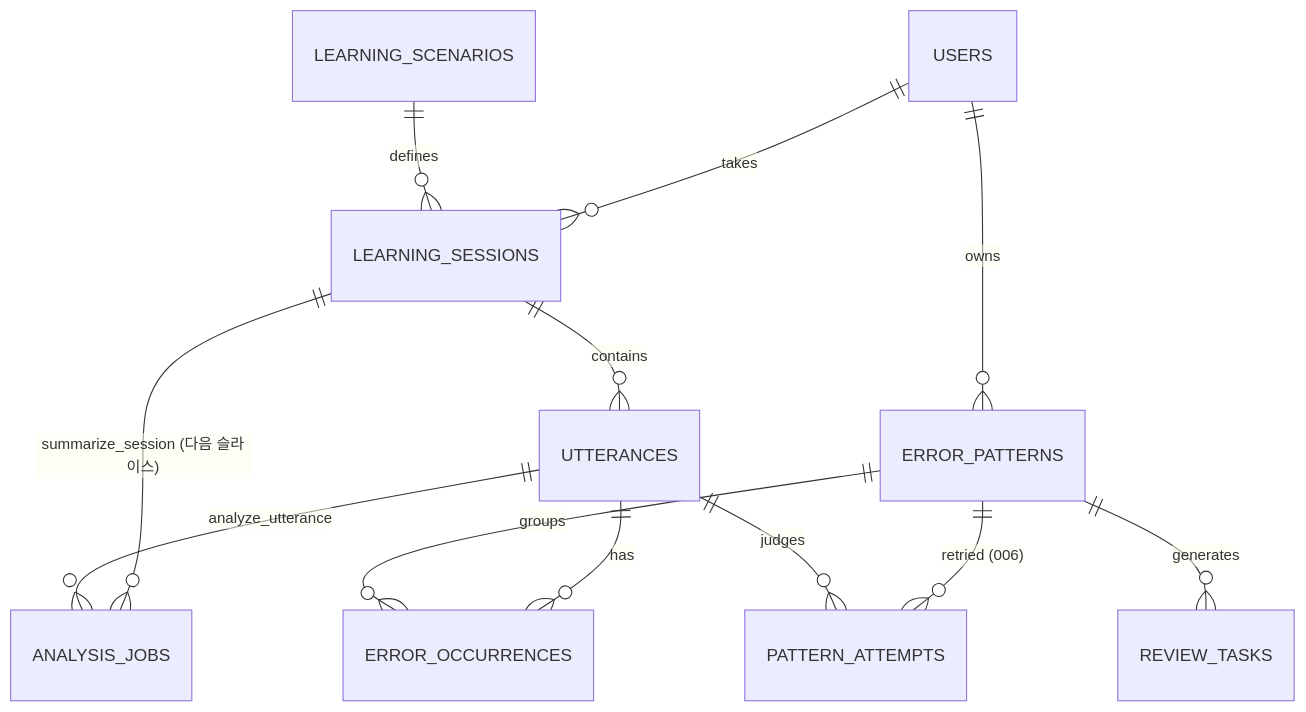
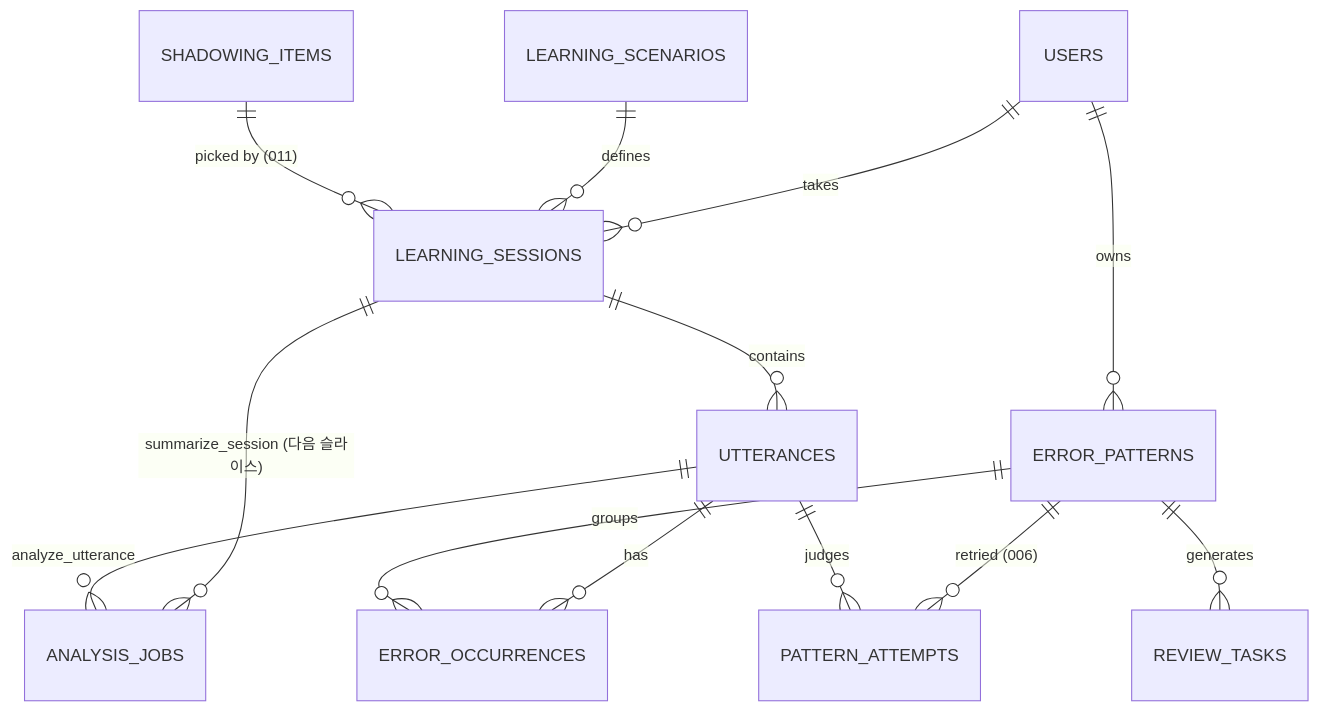
The diagram in docs/database-schema.md (redstarh/OhMyEnglish), drawn with Mermaid before and after one commit. The commit also changed other lines of this file and 4 other files, not shown here.

````diff
--- a/docs/database-schema.md
+++ b/docs/database-schema.md
@@ -11,14 +11,15 @@
 ```mermaid
 erDiagram
   USERS ||--o{ LEARNING_SESSIONS : takes
   USERS ||--o{ ERROR_PATTERNS : owns
   LEARNING_SCENARIOS ||--o{ LEARNING_SESSIONS : defines
   LEARNING_SESSIONS ||--o{ UTTERANCES : contains
   LEARNING_SESSIONS ||--o{ ANALYSIS_JOBS : "summarize_session (다음 슬라이스)"
   UTTERANCES ||--o{ ERROR_OCCURRENCES : has
   UTTERANCES ||--o{ ANALYSIS_JOBS : "analyze_utterance"
   ERROR_PATTERNS ||--o{ ERROR_OCCURRENCES : groups
   ERROR_PATTERNS ||--o{ REVIEW_TASKS : generates
   ERROR_PATTERNS ||--o{ PATTERN_ATTEMPTS : "retried (006)"
   UTTERANCES ||--o{ PATTERN_ATTEMPTS : judges
+  SHADOWING_ITEMS ||--o{ LEARNING_SESSIONS : "picked by (011)"
 ```
````
